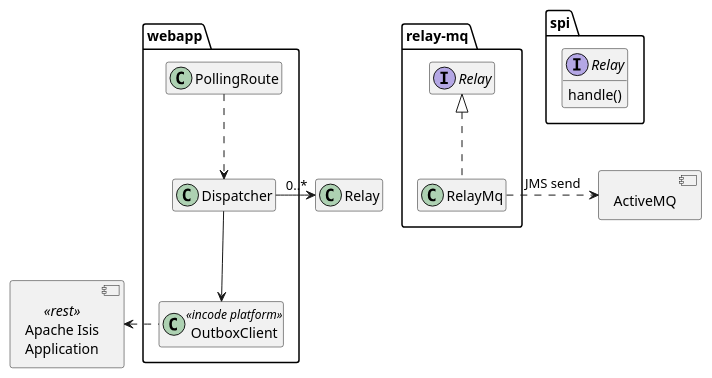
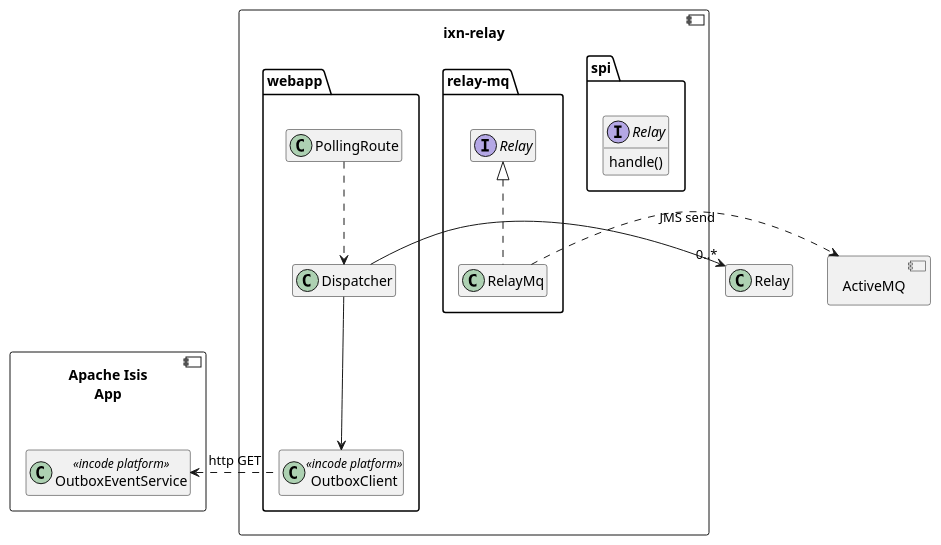
Before and after one commit to incodehq/ixn-relay: the second of 2 diagrams in README.adoc, drawn with PlantUML. The commit also changed other lines of this file, not shown here.

```diff
--- a/README.adoc
+++ b/README.adoc
@@ -57,39 +36,44 @@
 [plantuml]
 ----
 hide empty members
 
-package spi {
-    interface Relay {
-        handle()
+component "ixn-relay" {
+    package spi {
+        interface Relay {
+            handle()
+        }
     }
-}
 
-package relay-mq {
+    package relay-mq {
 
-    class RelayMq implements Relay {
+        class RelayMq implements Relay {
+        }
     }
-}
 
-package webapp {
+    package webapp {
 
-    class PollingRoute {
-    }
-    class Dispatcher {
-    }
-    class OutboxClient <<incode platform>> {
+        class PollingRoute {
+        }
+        class Dispatcher {
+        }
+        class OutboxClient <<incode platform>> {
+        }
     }
 }
 
 component ActiveMQ {
 }
 
-component "Apache Isis\nApplication" <<rest>> {
+component "Apache Isis\nApp" {
+    class "OutboxEventService" <<incode platform>> {
+    }
 }
+
+OutboxClient .l-> OutboxEventService : "http GET"
 
 PollingRoute .d-> Dispatcher
 Dispatcher -> "0..*" Relay
 Dispatcher -d-> OutboxClient
-OutboxClient .l-> "Apache Isis\nApplication"
 
 RelayMq .r-> ActiveMQ : JMS send
 ----
```
